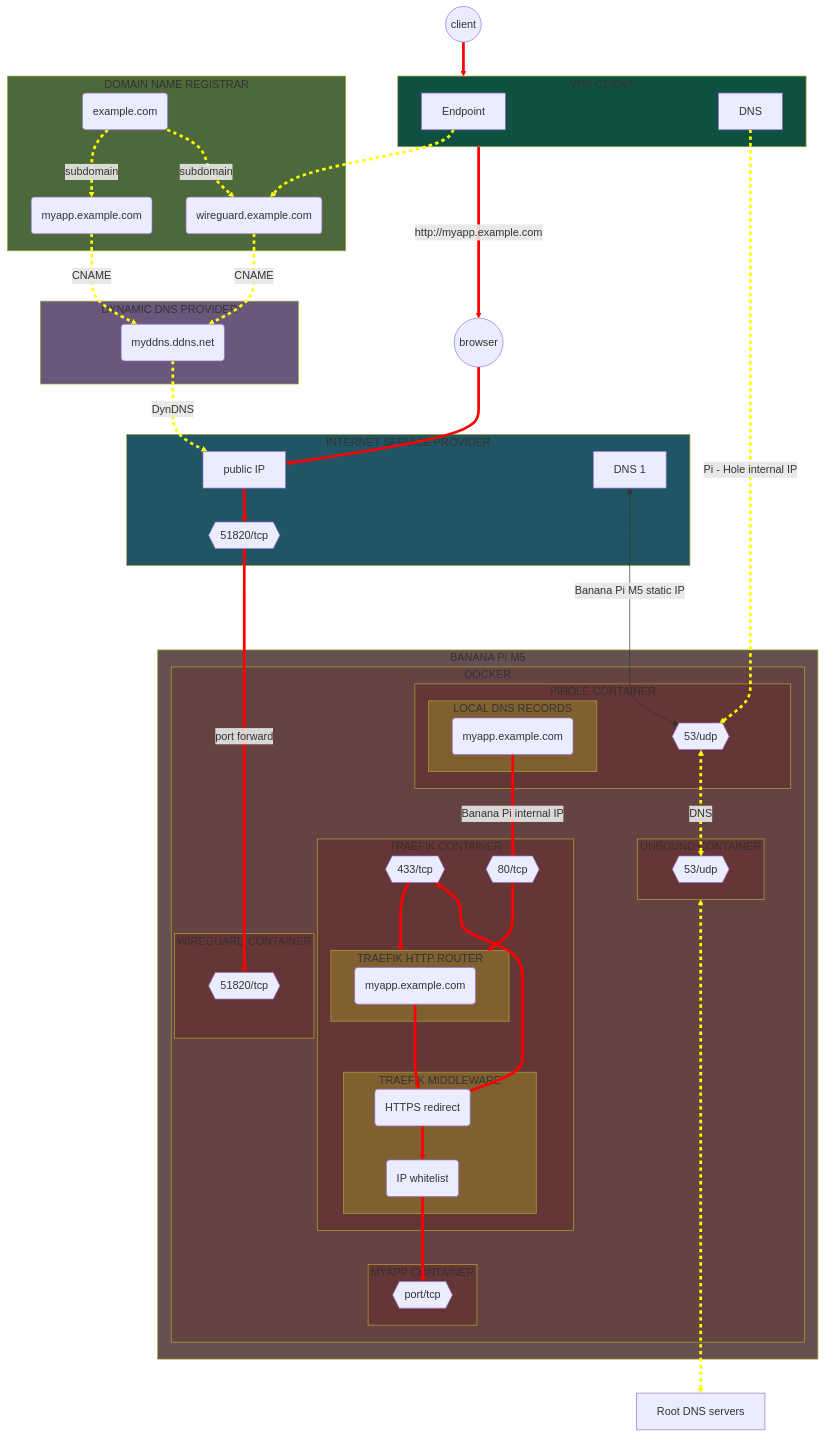
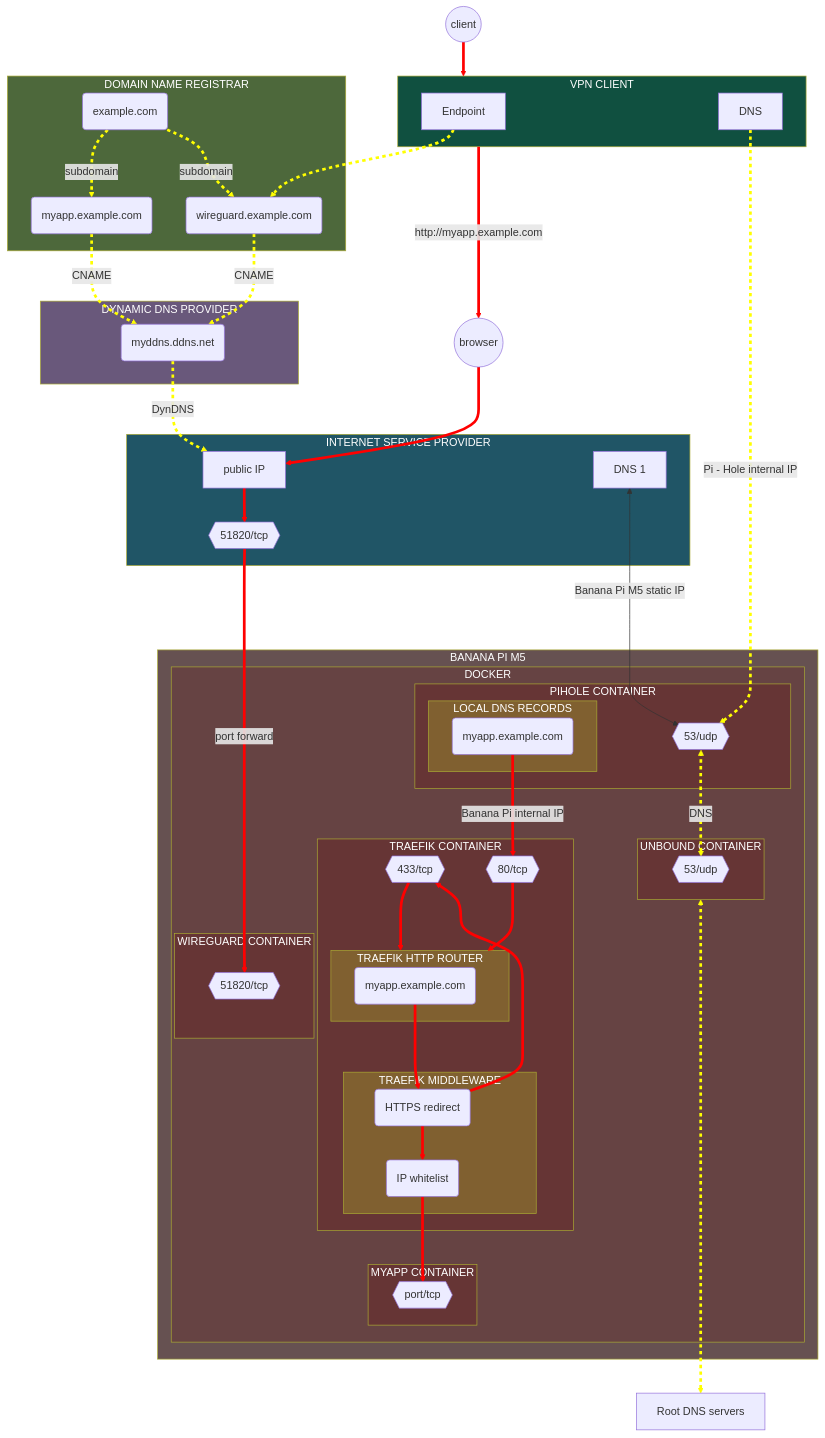
One commit to Yann39/self-hosted changed the ninth of 19 diagrams in README.md. Above: the diagram before and after it, drawn with Mermaid. The commit also changed other lines of this file, not shown here.

Commit message:
force white text on dark background on every mermaid diagram, so it is readable in light mode

````diff
--- a/README.md
+++ b/README.md
@@ -2401,19 +2401,19 @@
 ```mermaid
 flowchart TB
-    style HOSTING_PROVIDER fill: #4d683b
-    style DDNS_PROVIDER fill: #69587b
-    style INTERNET_SERVICE_PROVIDER fill: #205566
-    style SINGLE_BOARD_COMPUTER fill: #665151
-    style CONTAINER_ENGINE fill: #664343
-    style TRAEFIK_CONTAINER fill: #663535
-    style PIHOLE_CONTAINER fill: #663535
-    style UNBOUND_CONTAINER fill: #663535
-    style WIREGUARD_CONTAINER fill: #663535
-    style MYAPP_CONTAINER fill: #663535
-    style PIHOLE_DNS_RECORDS fill: #806030
-    style TRAEFIK_ROUTER fill: #806030
-    style TRAEFIK_MIDDLEWARE fill: #806030
-    style VPN_CLIENT fill: #105040
+    style HOSTING_PROVIDER fill:#4d683b,color:#fff
+    style DDNS_PROVIDER fill:#69587b,color:#fff
+    style INTERNET_SERVICE_PROVIDER fill:#205566,color:#fff
+    style SINGLE_BOARD_COMPUTER fill:#665151,color:#fff
+    style CONTAINER_ENGINE fill:#664343,color:#fff
+    style TRAEFIK_CONTAINER fill:#663535,color:#fff
+    style PIHOLE_CONTAINER fill:#663535,color:#fff
+    style UNBOUND_CONTAINER fill:#663535,color:#fff
+    style WIREGUARD_CONTAINER fill:#663535,color:#fff
+    style MYAPP_CONTAINER fill:#663535,color:#fff
+    style PIHOLE_DNS_RECORDS fill:#806030,color:#fff
+    style TRAEFIK_ROUTER fill:#806030,color:#fff
+    style TRAEFIK_MIDDLEWARE fill:#806030,color:#fff
+    style VPN_CLIENT fill:#105040,color:#fff
     DOMAIN(example.com)
     SUBDOMAIN_MYAPP(myapp.example.com)
     SUBDOMAIN_WIREGUARD(wireguard.example.com)
````
